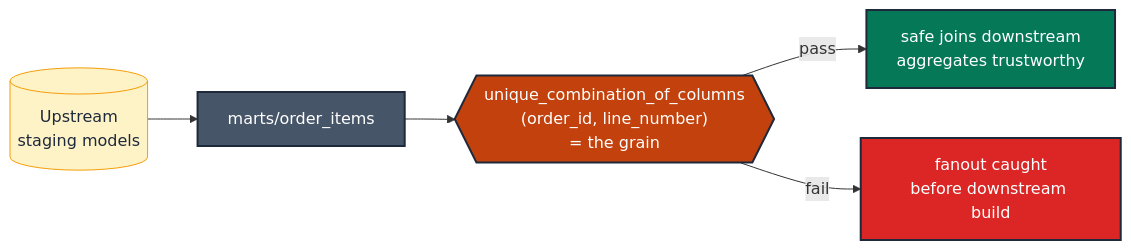
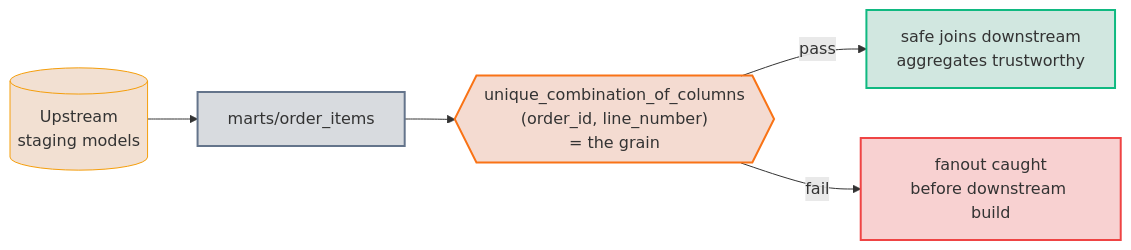
One commit to neozenith/dbt-gcp-jaffleshop changed the diagram in docs/guides/testing_taxonomy/model/MD-01-grain-test.md. Above: the diagram before and after it, drawn with Mermaid. The commit also changed 36 other files, not shown here.

First line of the commit message:
docs(taxonomy): rework guide entry-point + WCAG-AAA dual-theme mermaid palette (#19)

````diff
--- a/docs/guides/testing_taxonomy/model/MD-01-grain-test.md
+++ b/docs/guides/testing_taxonomy/model/MD-01-grain-test.md
@@ -111,15 +111,15 @@
 ```mermaid
 flowchart LR
     upstream[("Upstream<br/>staging models")]:::source --> mart["marts/order_items"]:::modelPrimary
 
     mart --> grain{{"unique_combination_of_columns<br/>(order_id, line_number)<br/>= the grain"}}:::gate
 
     grain -- pass --> downstream["safe joins downstream<br/>aggregates trustworthy"]:::ok
     grain -- fail --> stop["fanout caught<br/>before downstream build"]:::fail
 
-    classDef source       fill:#fef3c7,stroke:#f59e0b,color:#1e293b,stroke-width:1px
-    classDef modelPrimary fill:#475569,stroke:#1e293b,color:#fff,stroke-width:2px
-    classDef gate         fill:#c2410c,stroke:#1e293b,color:#fff,stroke-width:2px
-    classDef ok           fill:#047857,stroke:#1e293b,color:#fff,stroke-width:2px
-    classDef fail         fill:#dc2626,stroke:#1e293b,color:#fff,stroke-width:2px
+    classDef source fill:#b453092e,stroke:#f59e0b,stroke-width:1px
+    classDef modelPrimary fill:#47556936,stroke:#64748b,stroke-width:2px
+    classDef gate fill:#c2410c30,stroke:#f97316,stroke-width:2px
+    classDef ok fill:#0478572e,stroke:#10b981,stroke-width:2px
+    classDef fail fill:#dc262636,stroke:#ef4444,stroke-width:2px
 ```
````
